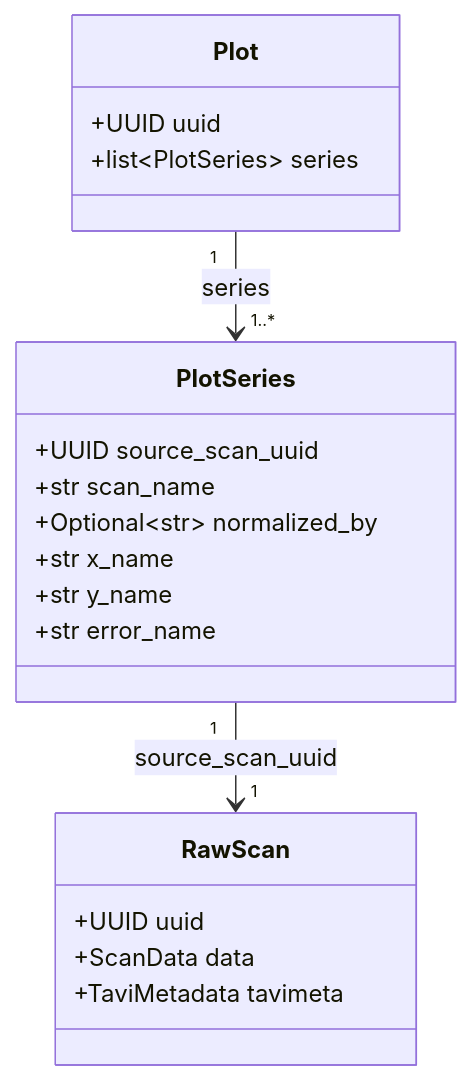
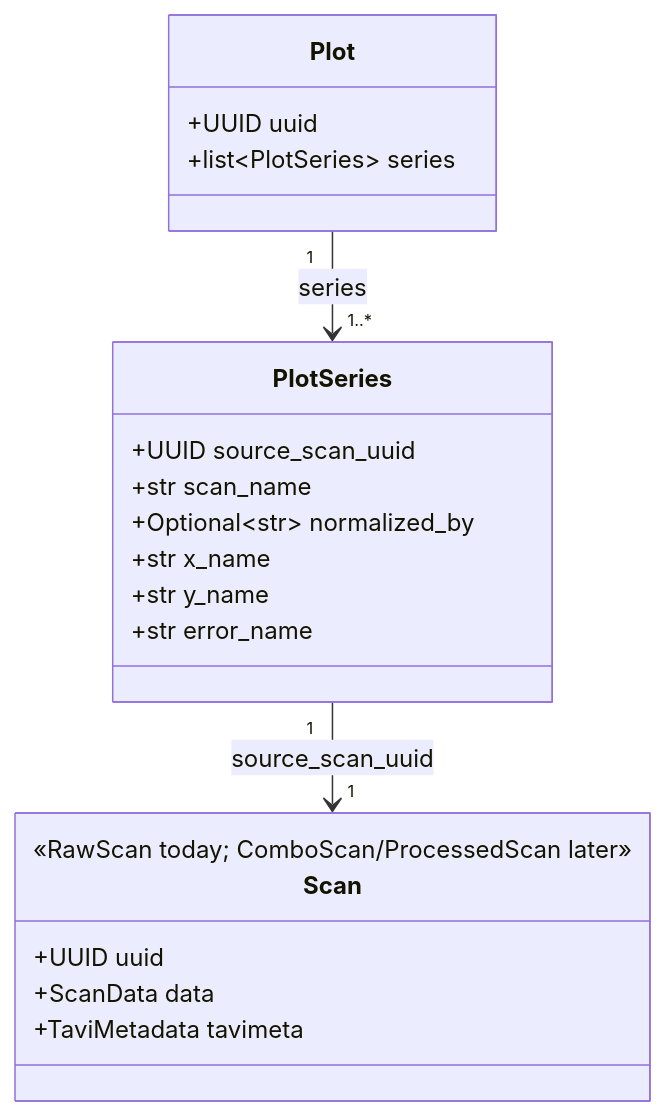
Before and after one commit to neutrons/TAVI: the first of 2 diagrams in docs/source/design/frontend/plot_data_model.rst, drawn with Mermaid. The commit also changed other lines of this file and 1 other file, not shown here.

```diff
--- a/docs/source/design/frontend/plot_data_model.rst
+++ b/docs/source/design/frontend/plot_data_model.rst
@@ -45,22 +45,23 @@
 .. mermaid::
 
     classDiagram
         class Plot {
             +UUID uuid
             +list~PlotSeries~ series
         }
         class PlotSeries {
             +UUID source_scan_uuid
             +str scan_name
             +Optional~str~ normalized_by
             +str x_name
             +str y_name
             +str error_name
         }
-        class RawScan {
+        class Scan {
+            <<RawScan today; ComboScan/ProcessedScan later>>
             +UUID uuid
             +ScanData data
             +TaviMetadata tavimeta
         }
         Plot "1" --> "1..*" PlotSeries : series
-        PlotSeries "1" --> "1" RawScan : source_scan_uuid
+        PlotSeries "1" --> "1" Scan : source_scan_uuid
```
